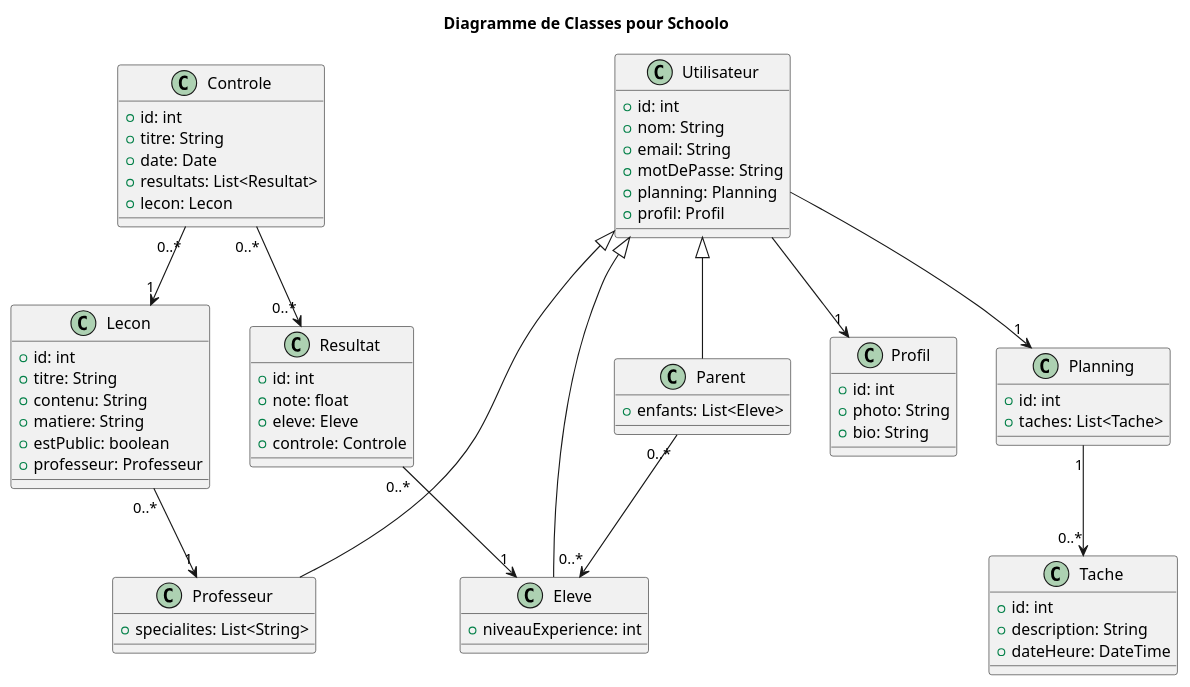
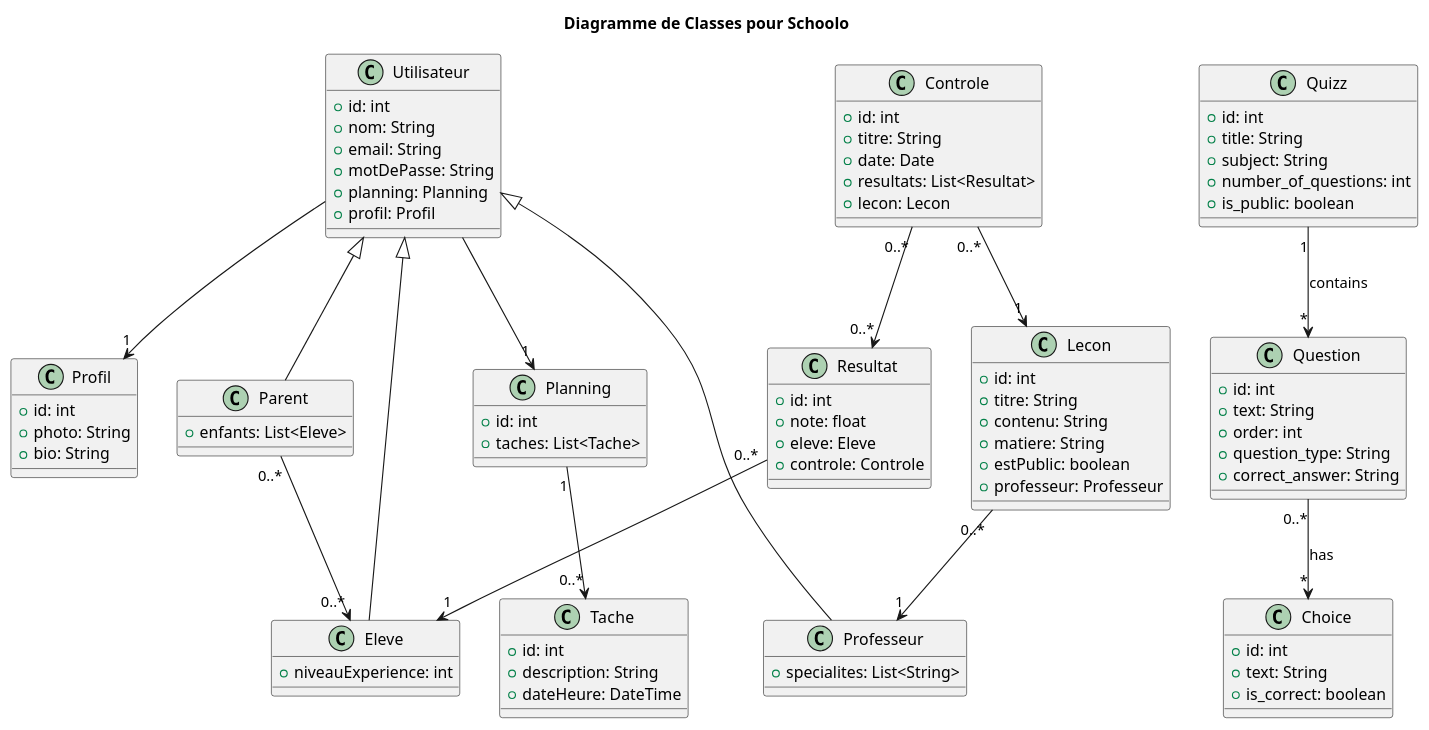
One commit to PIROSS-Dynamics/Schoolo-back changed the diagram in schoolo.puml. Above: the diagram before and after it, drawn with PlantUML. The commit also changed 17 other files, not shown here.

```diff
--- a/schoolo.puml
+++ b/schoolo.puml
@@ -1,80 +1,101 @@
 @startuml
 title Diagramme de Classes pour Schoolo
 
 class Utilisateur {
     +id: int
     +nom: String
     +email: String
     +motDePasse: String
     +planning: Planning
     +profil: Profil
 }
 
 
 class Profil {
     +id: int
     +photo: String
     +bio: String
 }
 
 class Eleve extends Utilisateur {
     +niveauExperience: int
 }
 
 class Professeur extends Utilisateur {
     +specialites: List<String>
 }
 
 class Parent extends Utilisateur {
     +enfants: List<Eleve>
 }
 
 class Lecon {
     +id: int
     +titre: String
     +contenu: String
     +matiere: String
     +estPublic: boolean
     +professeur: Professeur
 }
 
 class Controle {
     +id: int
     +titre: String
     +date: Date
     +resultats: List<Resultat>
     +lecon: Lecon
 }
 
 class Resultat {
     +id: int
     +note: float
     +eleve: Eleve
     +controle: Controle
 }
 
 class Planning {
     +id: int
     +taches: List<Tache>
 }
 
 class Tache {
     +id: int
     +description: String
     +dateHeure: DateTime
 }
+class Quizz {
+    +id: int
+    +title: String
+    +subject: String
+    +number_of_questions: int
+    +is_public: boolean
+}
 
+class Question {
+    +id: int
+    +text: String
+    +order: int
+    +question_type: String
+    +correct_answer: String
+}
 
+class Choice {
+    +id: int
+    +text: String
+    +is_correct: boolean
+}
 
+Quizz "1" --> "*" Question : contains
+Question "0..*" --> "*" Choice : has
 Utilisateur  --> "1" Planning
 Utilisateur  --> "1" Profil
 Parent "0..*" --> "0..*" Eleve
 Lecon "0..*" --> "1" Professeur
 Controle "0..*" --> "1" Lecon
 Resultat "0..*" --> "1" Eleve
 Controle "0..*" --> "0..*" Resultat
 Planning "1" --> "0..*" Tache
 
 
 
 @enduml
```
